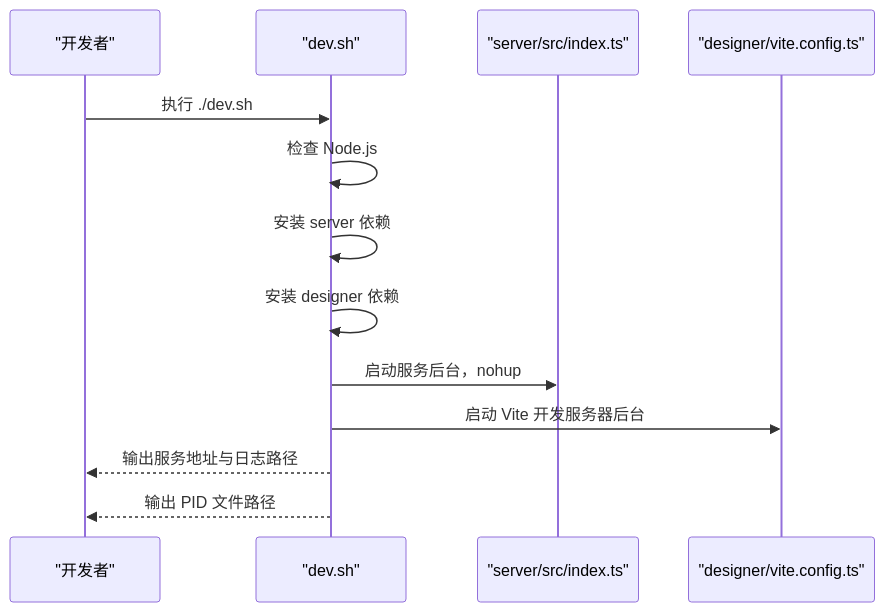
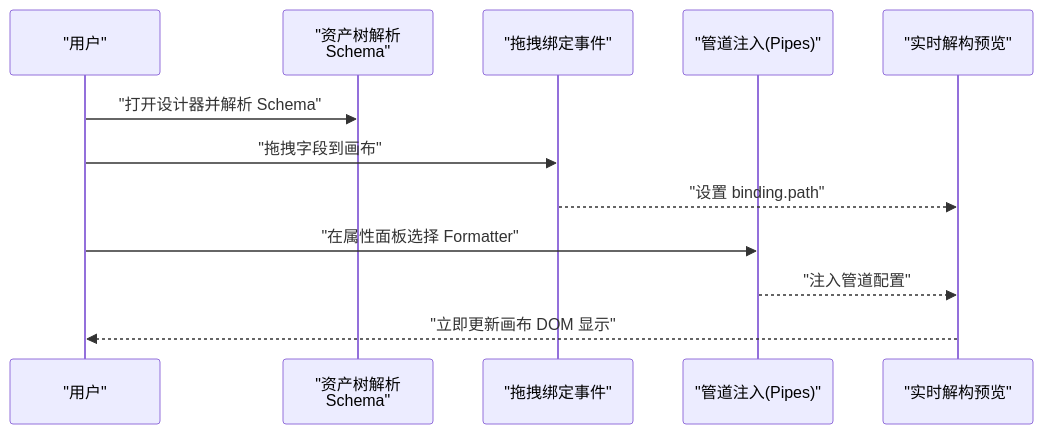
Before and after one commit to joker-yjc/printer: the second of 8 diagrams in .qoder/repowiki/zh/content/快速开始.md, drawn with Mermaid. The commit also changed other lines of this file and 274 other files, not shown here.

````diff
--- a/.qoder/repowiki/zh/content/快速开始.md
+++ b/.qoder/repowiki/zh/content/快速开始.md
@@ -107,15 +110,14 @@
 ```mermaid
 sequenceDiagram
-participant Dev as "开发者"
-participant Script as "dev.sh"
-participant Server as "server/src/index.ts"
-participant Designer as "designer/vite.config.ts"
-Dev->>Script : 执行 ./dev.sh
-Script->>Script : 检查 Node.js
-Script->>Script : 安装 server 依赖
-Script->>Script : 安装 designer 依赖
-Script->>Server : 启动服务后台，nohup
-Script->>Designer : 启动 Vite 开发服务器后台
-Script-->>Dev : 输出服务地址与日志路径
-Script-->>Dev : 输出 PID 文件路径
+participant U as "用户"
+participant A as "资产树解析<br/>Schema"
+participant D as "拖拽绑定事件"
+participant P as "管道注入(Pipes)"
+participant R as "实时解构预览"
+U->>A : "打开设计器并解析 Schema"
+U->>D : "拖拽字段到画布"
+D-->>R : "设置 binding.path"
+U->>P : "在属性面板选择 Formatter"
+P-->>R : "注入管道配置"
+R-->>U : "立即更新画布 DOM 显示"
 ```
````
